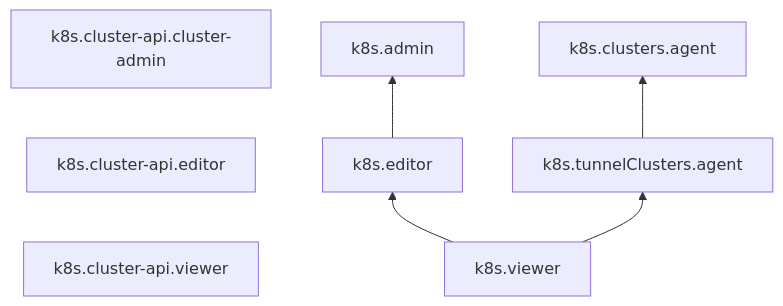
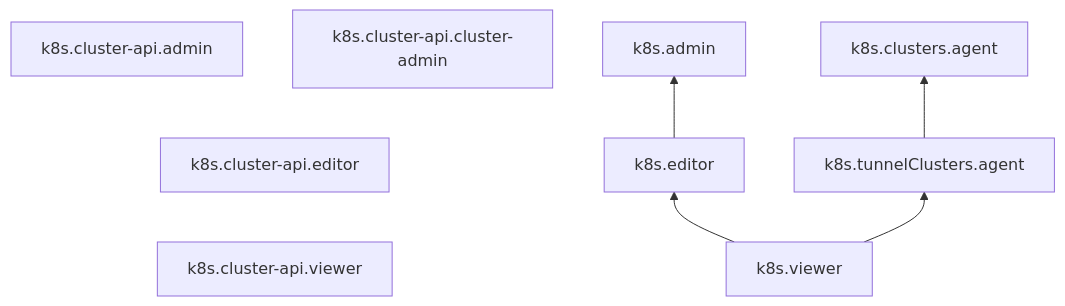
One commit to yandex-cloud/docs changed the diagram in ru/_mermaid/roles/managed-kubernetes.md. Above: the diagram before and after it, drawn with Mermaid. The commit also changed 38 other files, not shown here.

````diff
--- a/ru/_mermaid/roles/managed-kubernetes.md
+++ b/ru/_mermaid/roles/managed-kubernetes.md
@@ -1,9 +1,10 @@
 ```mermaid
 flowchart BT
+    k8s.cluster-api.editor ~~~ k8s.cluster-api.admin
     k8s.cluster-api.editor ~~~ k8s.cluster-api.cluster-admin
     k8s.cluster-api.viewer ~~~ k8s.cluster-api.editor
     k8s.editor --> k8s.admin
     k8s.viewer --> k8s.editor
     k8s.tunnelClusters.agent --> k8s.clusters.agent
     k8s.viewer --> k8s.tunnelClusters.agent
 ```
````
